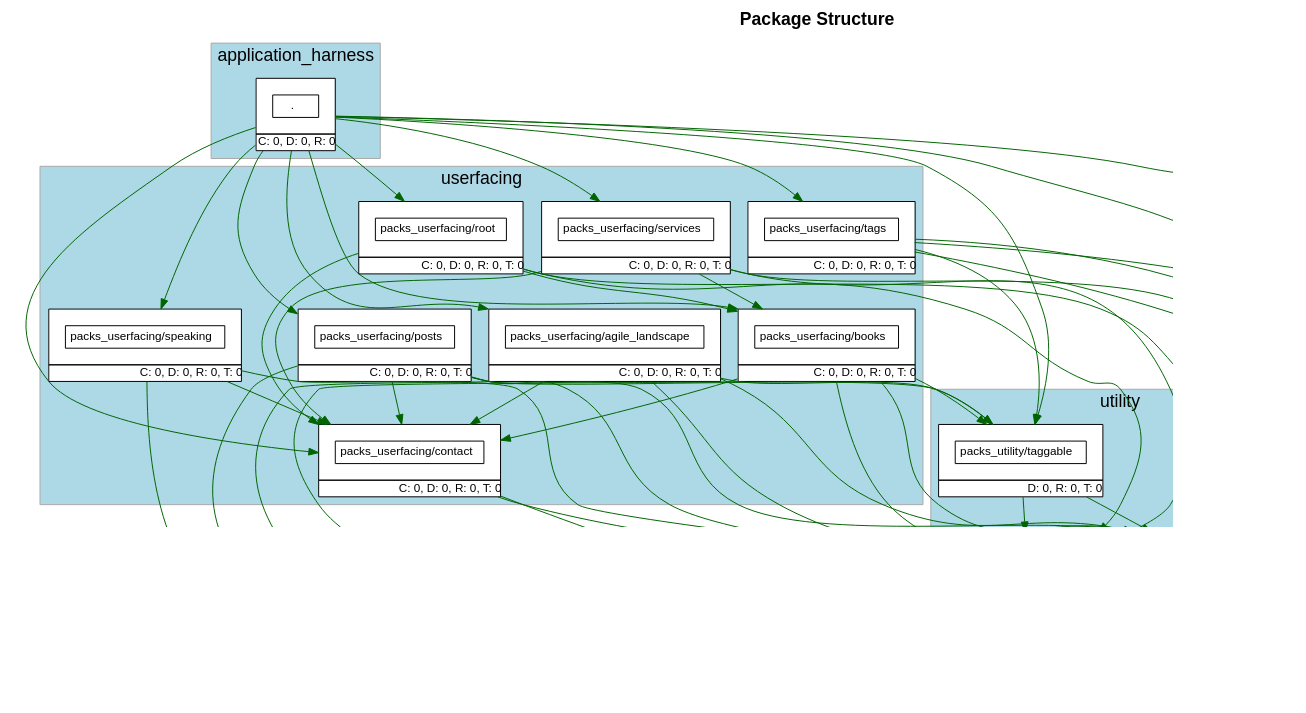
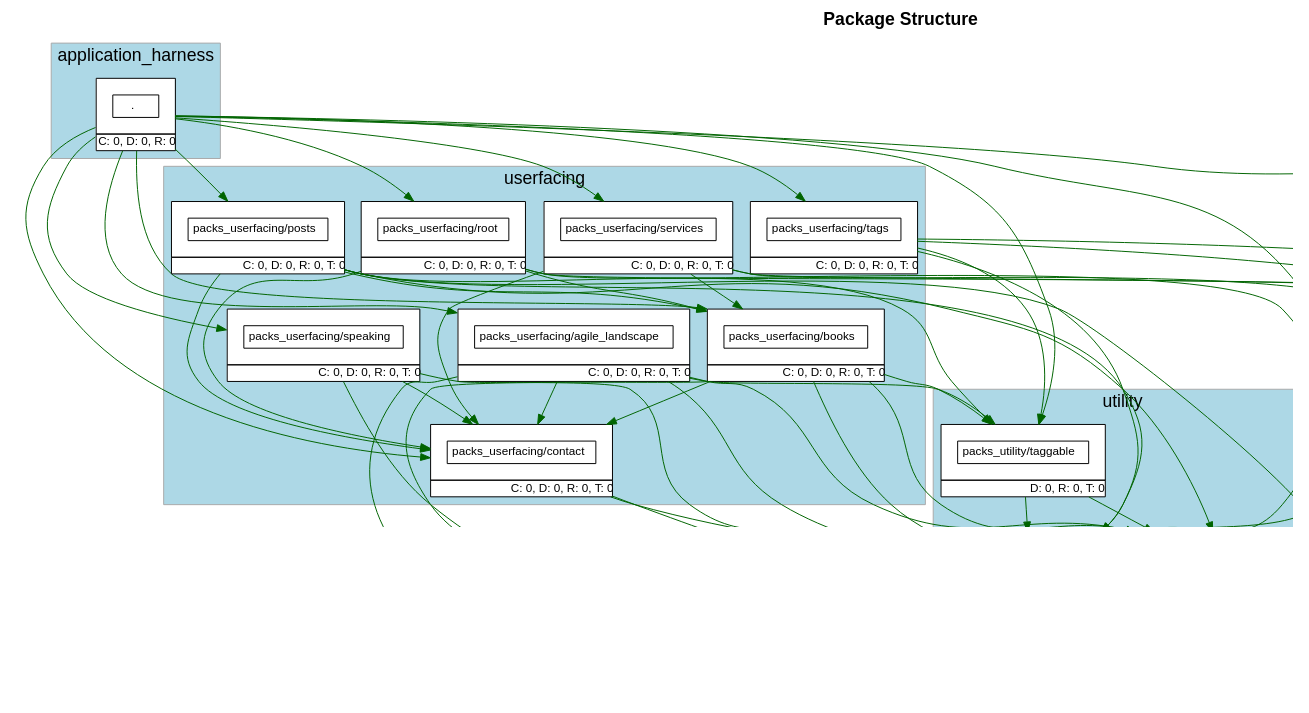
The diagram in packs.dot (shageman/stephanhagemann.com), drawn with Graphviz before and after one commit. The commit also changed 1 other file, not shown here.

Commit message:
Add books as dependency to posts

```diff
--- a/packs.dot
+++ b/packs.dot
@@ -281,6 +281,7 @@
           "packs_userfacing/books" -> "packs_utility/taggable" [ color=darkgreen ]
           "packs_userfacing/contact" -> "packs_utility/rails_shims" [ color=darkgreen ]
           "packs_userfacing/contact" -> "packs_utility/routable" [ color=darkgreen ]
+          "packs_userfacing/posts" -> "packs_userfacing/books" [ color=darkgreen ]
           "packs_userfacing/posts" -> "packs_userfacing/contact" [ color=darkgreen ]
           "packs_userfacing/posts" -> "packs_utility/backlinks" [ color=darkgreen ]
           "packs_userfacing/posts" -> "packs_utility/rails_shims" [ color=darkgreen ]
```
